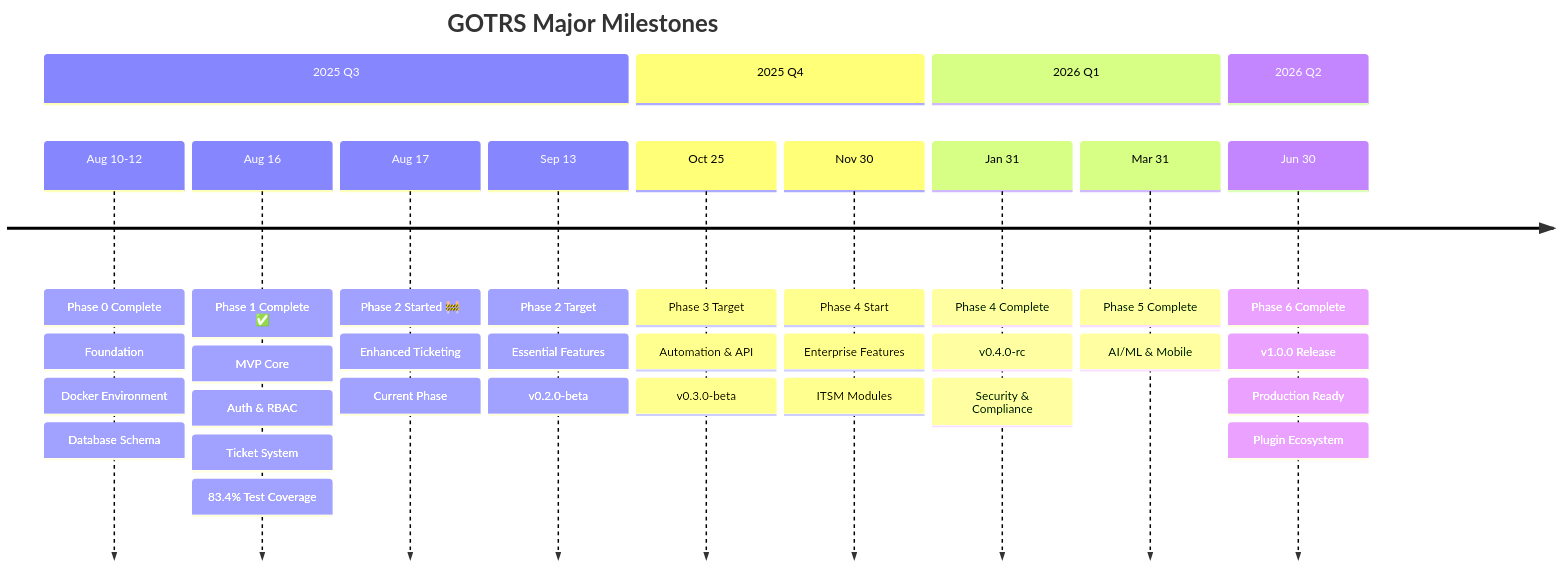
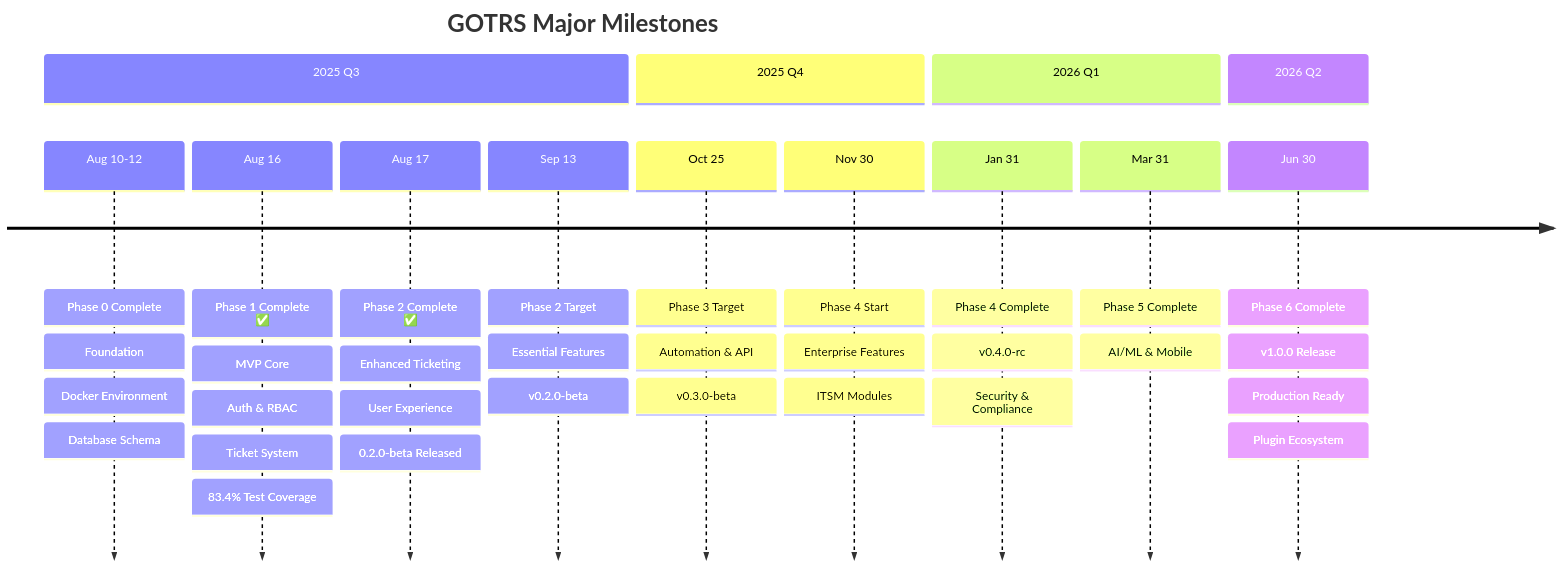
The second of 2 diagrams in ROADMAP.md (gotrs-io/gotrs-ce), drawn with Mermaid before and after one commit. The commit also changed other lines of this file, not shown here.

First line of the commit message:
docs: update roadmap to reflect Phase 2 completion

````diff
--- a/ROADMAP.md
+++ b/ROADMAP.md
@@ -48,47 +48,48 @@
 ```mermaid
 timeline
     title GOTRS Major Milestones
     
     section 2025 Q3
         Aug 10-12 : Phase 0 Complete
                   : Foundation
                   : Docker Environment
                   : Database Schema
         
         Aug 16    : Phase 1 Complete ✅
                   : MVP Core
                   : Auth & RBAC
                   : Ticket System
                   : 83.4% Test Coverage
         
-        Aug 17    : Phase 2 Started 🚧
+        Aug 17    : Phase 2 Complete ✅
                   : Enhanced Ticketing
-                  : Current Phase
+                  : User Experience
+                  : 0.2.0-beta Released
         
         Sep 13    : Phase 2 Target
                   : Essential Features
                   : v0.2.0-beta
 
     section 2025 Q4        
         Oct 25    : Phase 3 Target
                   : Automation & API
                   : v0.3.0-beta
         
         Nov 30    : Phase 4 Start
                   : Enterprise Features
                   : ITSM Modules
 
     section 2026 Q1
         Jan 31    : Phase 4 Complete
                   : v0.4.0-rc
                   : Security & Compliance
         
         Mar 31    : Phase 5 Complete
                   : AI/ML & Mobile
 
     section 2026 Q2
         Jun 30    : Phase 6 Complete
                   : v1.0.0 Release
                   : Production Ready
                   : Plugin Ecosystem
 ```
````
